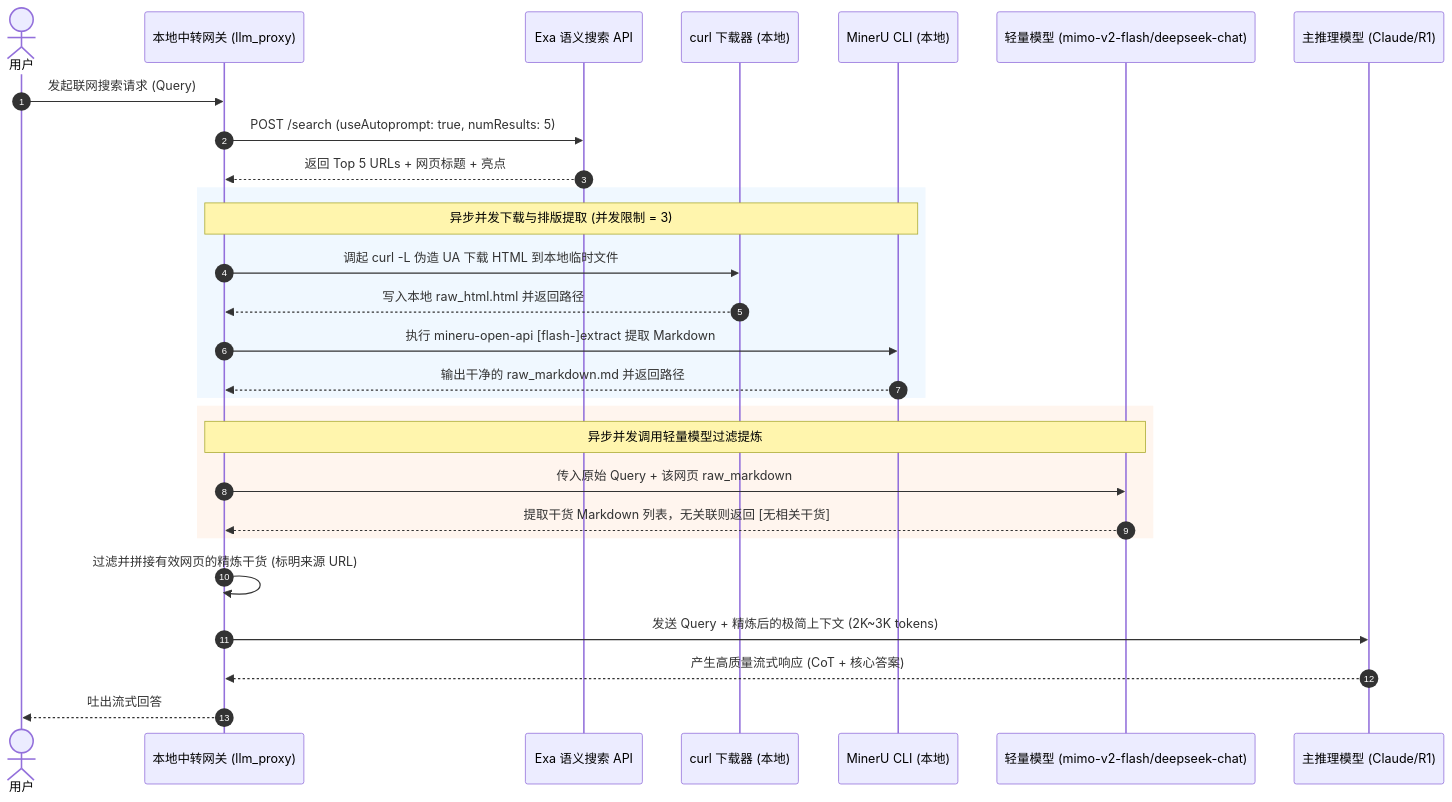
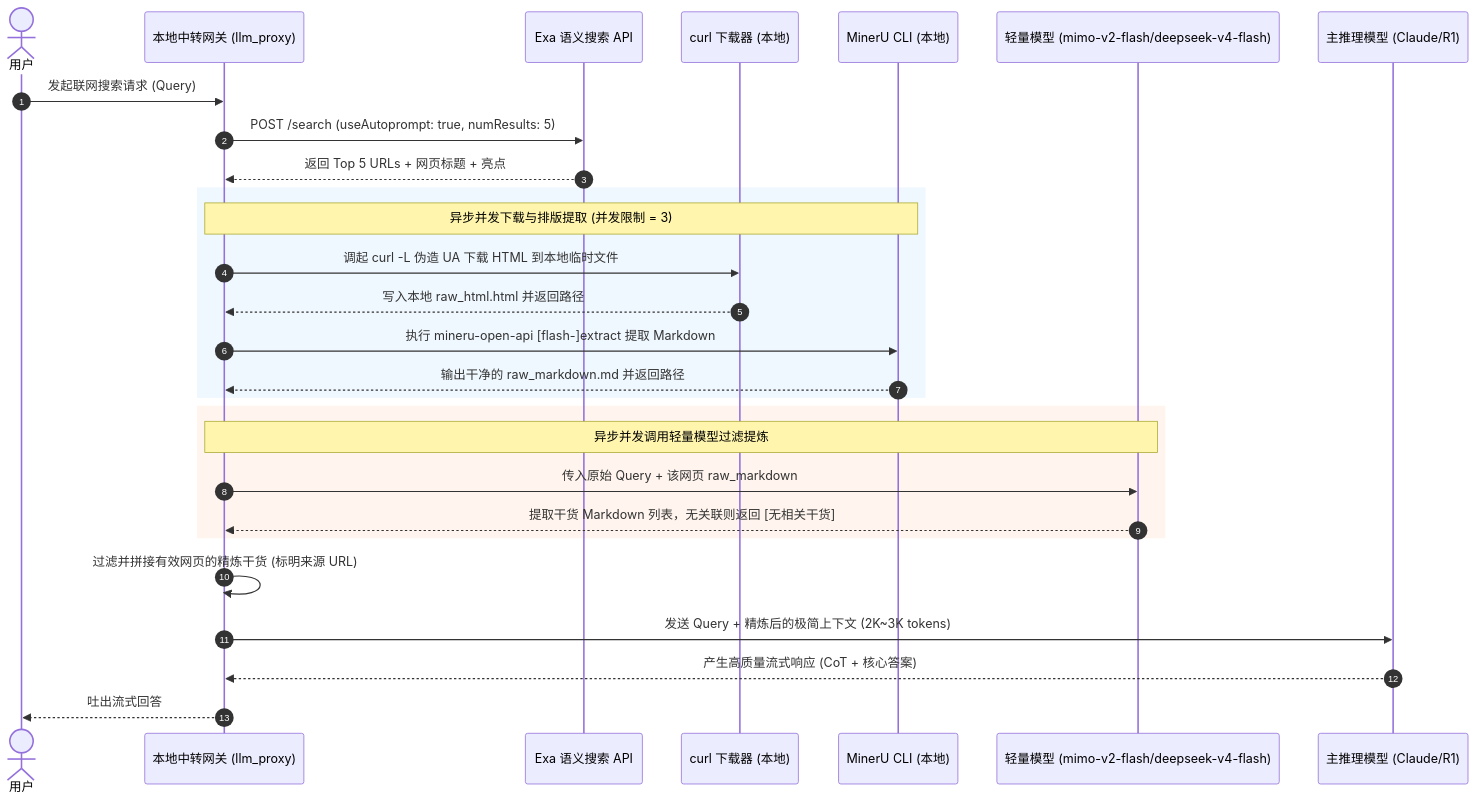
One commit to Bigzhangbig/llm_proxy changed the diagram in docs/web_search_extraction_design.md. Above: the diagram before and after it, drawn with Mermaid. The commit also changed other lines of this file and 6 other files, not shown here.

````diff
--- a/docs/web_search_extraction_design.md
+++ b/docs/web_search_extraction_design.md
@@ -43,34 +43,34 @@
 ```mermaid
 sequenceDiagram
     autonumber
     actor User as 用户
     participant Gateway as 本地中转网关 (llm_proxy)
     participant Exa as Exa 语义搜索 API
     participant Downloader as curl 下载器 (本地)
     participant MinerU as MinerU CLI (本地)
-    participant CheapLLM as 轻量模型 (mimo-v2-flash/deepseek-chat)
+    participant CheapLLM as 轻量模型 (mimo-v2-flash/deepseek-v4-flash)
     participant MainLLM as 主推理模型 (Claude/R1)
 
     User->>Gateway: 发起联网搜索请求 (Query)
     Gateway->>Exa: POST /search (useAutoprompt: true, numResults: 5)
     Exa-->>Gateway: 返回 Top 5 URLs + 网页标题 + 亮点
     
     rect rgb(240, 248, 255)
         note over Gateway, MinerU: 异步并发下载与排版提取 (并发限制 = 3)
         Gateway->>Downloader: 调起 curl -L 伪造 UA 下载 HTML 到本地临时文件
         Downloader-->>Gateway: 写入本地 raw_html.html 并返回路径
         Gateway->>MinerU: 执行 mineru-open-api [flash-]extract 提取 Markdown
         MinerU-->>Gateway: 输出干净的 raw_markdown.md 并返回路径
     end
     
     rect rgb(255, 245, 238)
         note over Gateway, CheapLLM: 异步并发调用轻量模型过滤提炼
         Gateway->>CheapLLM: 传入原始 Query + 该网页 raw_markdown
         CheapLLM-->>Gateway: 提取干货 Markdown 列表，无关联则返回 [无相关干货]
     end
 
     Gateway->>Gateway: 过滤并拼接有效网页的精炼干货 (标明来源 URL)
     Gateway->>MainLLM: 发送 Query + 精炼后的极简上下文 (2K~3K tokens)
     MainLLM-->>Gateway: 产生高质量流式响应 (CoT + 核心答案)
     Gateway-->>User: 吐出流式回答
 ```
````
